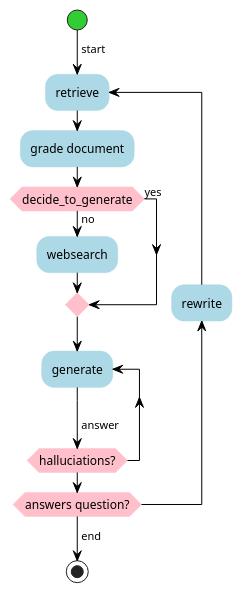
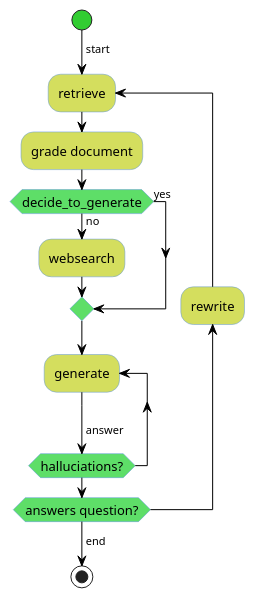
Before and after one commit to kyopark2014/langgraph-agent: the diagram in chart/self-rag.puml, drawn with PlantUML. The commit also changed 9 other files, not shown here.

```diff
--- a/chart/self-rag.puml
+++ b/chart/self-rag.puml
@@ -1,51 +1,50 @@
 @startuml Corrective RAG
+
+'skinparam monochrome true
 
 'skinparam monochrome true
 skinparam shadowing false
 skinparam activity {
     StartColor limegreen
     EndColor darkblue
-    'BackgroundColor #d4de5e
-    'BorderColor #5e94de
-    BackgroundColor #lightblue
-    BorderColor #lightblue
+    BackgroundColor #d4de5e
+    BorderColor #5e94de
     ArrowColor black
+    fontSize 13
 }
 skinparam activityDiamond {
-    'BackgroundColor #5ede68
-    'BorderColor #5e94de
-    BackgroundColor #Pink
-    BorderColor #Pink
-    fontSize 12
+    BackgroundColor #5ede68
+    BorderColor #5e94de
+    fontSize 13
 }
 
 start
 -> start;
 
 repeat :retrieve;
 
 
 'partition RAG {
 
 :grade document;
 
 if (decide_to_generate) then (yes)    
 else (no)
   :websearch;
 endif
 
 '}
 
 repeat :generate;
 
 -> answer;
 
 repeat while (halluciations?)
 
 backward :rewrite;
 
 repeat while (answers question?)
 
 -> end;
 stop
 @enduml
```
